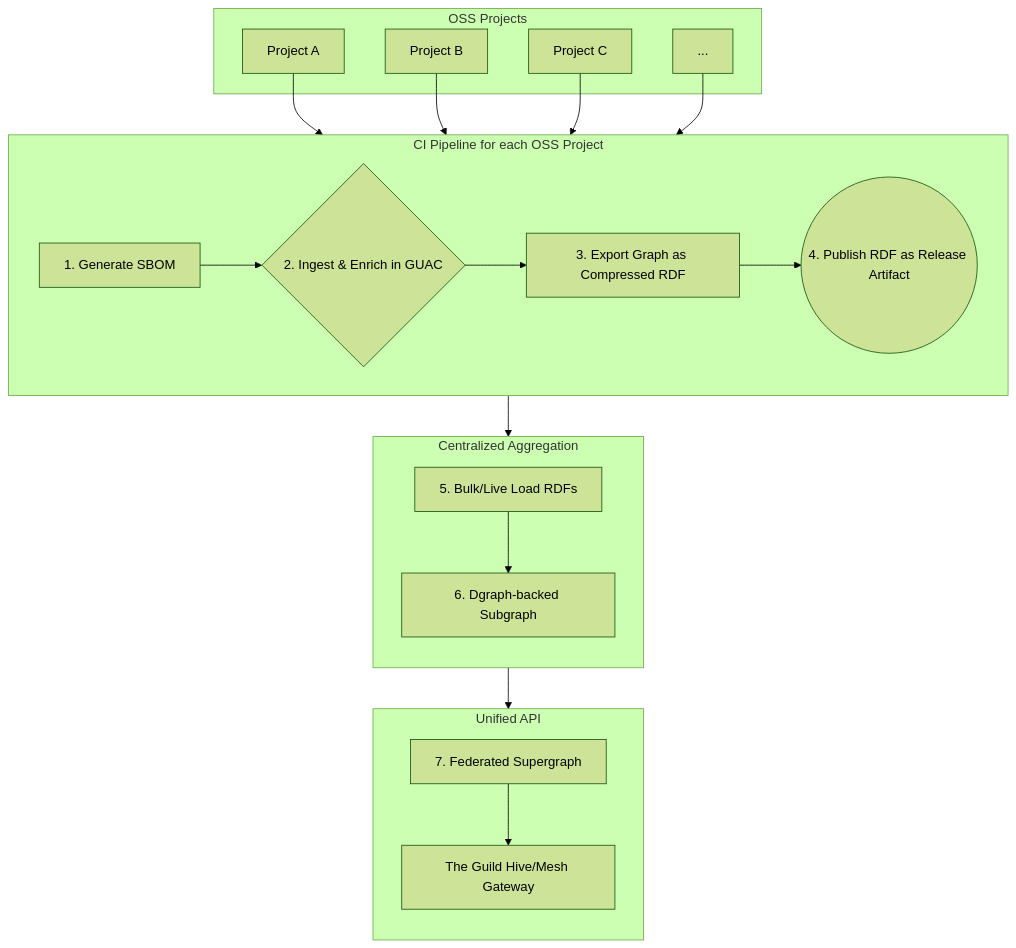
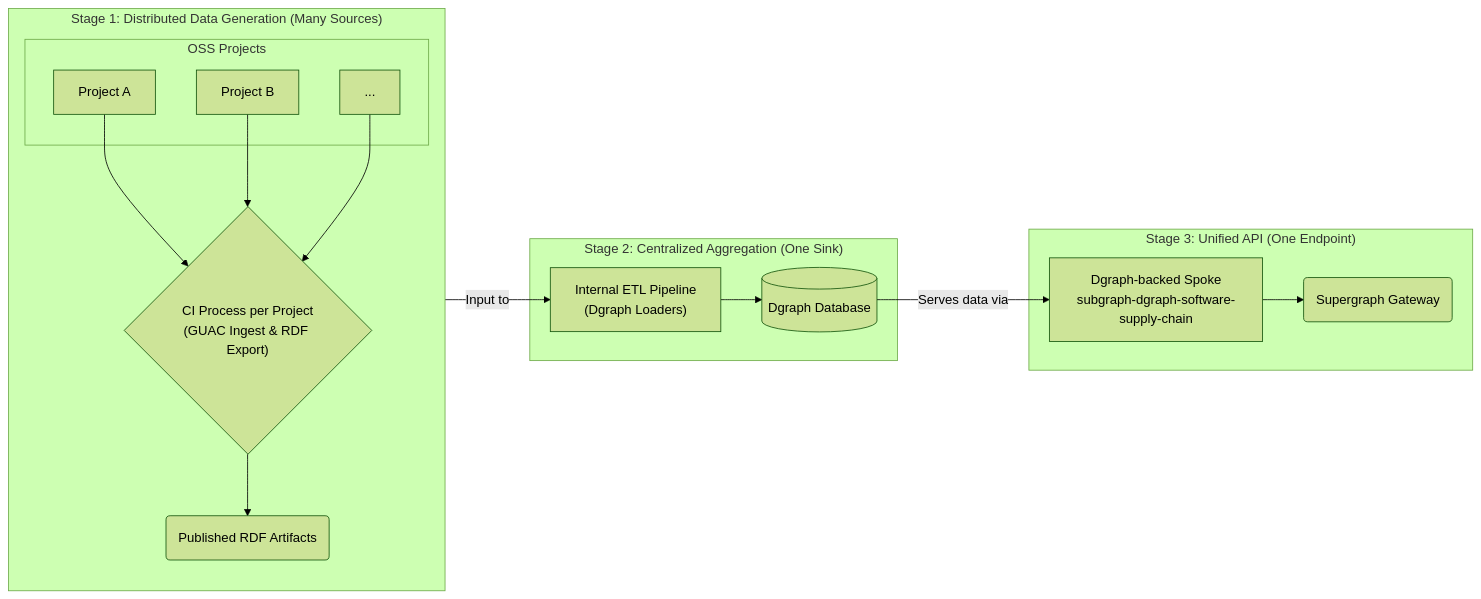
Before and after one commit to graphtastic/subgraph-dgraph-software-supply-chain: the first of 6 diagrams in docs/design/design--guac-to-dgraph.md, drawn with Mermaid (forest theme). The commit also changed other lines of this file, not shown here.

Commit message:
docs: design--guac-to-dgraph.md - fixed diagrams

````diff
--- a/docs/design/design--guac-to-dgraph.md
+++ b/docs/design/design--guac-to-dgraph.md
@@ -73,36 +73,31 @@
 ```mermaid
-graph TD
-    subgraph "CI Pipeline for each OSS Project"
-        direction LR
-        step1[1. Generate SBOM] --> step2{2. Ingest & Enrich in GUAC}
-        step2 --> step3[3. Export Graph as Compressed RDF]
-        step3 --> step4((4. Publish RDF as Release Artifact))
+graph LR
+    subgraph "Stage 1: Distributed Data Generation (Many Sources)"
+        direction TB
+        subgraph OSS Projects
+            P1[Project A]
+            P2[Project B]
+            P3[...]
+        end
+        
+        CI{"CI Process per Project<br/>(GUAC Ingest & RDF Export)"}
+        
+        P1 --> CI
+        P2 --> CI
+        P3 --> CI
+
+        RDFs(Published RDF Artifacts)
+        CI --> RDFs
     end
 
-    subgraph "OSS Projects"
-        prj1[Project A]
-        prj2[Project B]
-        prj3[Project C]
-        prj4[...]
+    subgraph "Stage 2: Centralized Aggregation (One Sink)"
+        Loader["Internal ETL Pipeline<br/>(Dgraph Loaders)"] --> Dgraph[(Dgraph Database)]
     end
 
-    subgraph "Centralized Aggregation"
-        direction TB
-        loader[5. Bulk/Live Load RDFs] --> dgraph[6. Dgraph-backed Subgraph]
+    subgraph "Stage 3: Unified API (One Endpoint)"
+        Spoke["Dgraph-backed Spoke<br/>subgraph-dgraph-software-supply-chain"] --> Gateway(Supergraph Gateway)
     end
 
-    subgraph "Unified API"
-        direction TB
-        supergraph[7. Federated Supergraph]
-        gateway[The Guild Hive/Mesh Gateway]
-        supergraph --> gateway
-    end
-
-    prj1 --> step1
-    prj2 --> step1
-    prj3 --> step1
-    prj4 --> step1
-
-    step4 --> loader
-    dgraph --> supergraph
+    RDFs -- "Input to" --> Loader
+    Dgraph -- "Serves data via" --> Spoke
 ```
````
